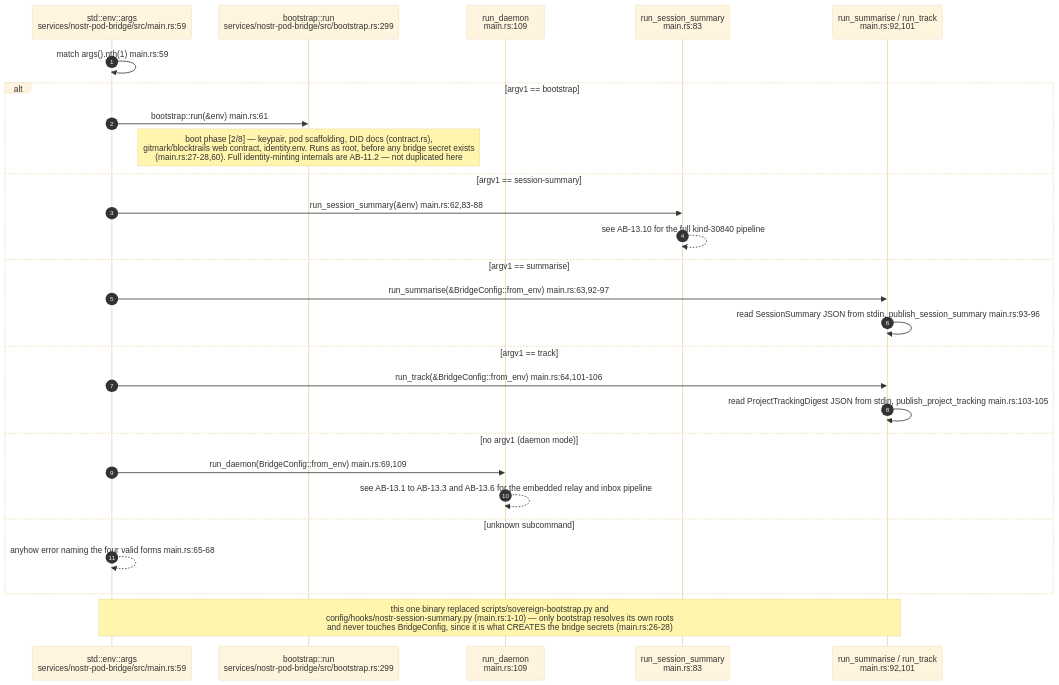
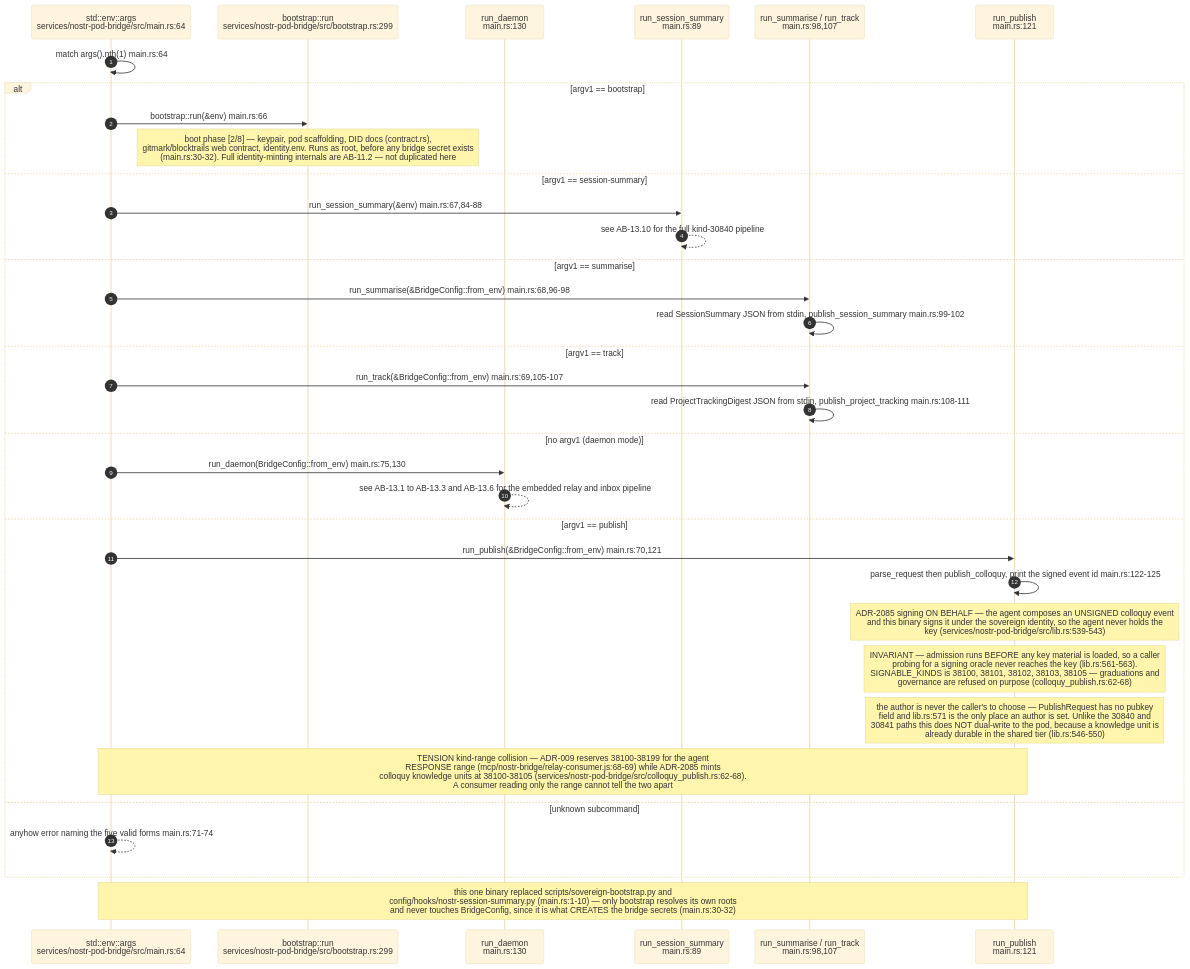
Before and after one commit to DreamLab-AI/VisionFlow: diagram 17 of 17 in docs/diagrams/agentbox/13-nostr-relay-gateway-bridge-mirror.md, drawn with Mermaid (base theme). The commit also changed other lines of this file and 28 other files, not shown here.

````diff
--- a/docs/diagrams/agentbox/13-nostr-relay-gateway-bridge-mirror.md
+++ b/docs/diagrams/agentbox/13-nostr-relay-gateway-bridge-mirror.md
@@ -638,30 +639,38 @@
 ```mermaid
 sequenceDiagram
     autonumber
-    participant ARGV as std::env::args<br/>services/nostr-pod-bridge/src/main.rs:59
+    participant ARGV as std::env::args<br/>services/nostr-pod-bridge/src/main.rs:64
     participant BOOT as bootstrap::run<br/>services/nostr-pod-bridge/src/bootstrap.rs:299
-    participant DAEMON as run_daemon<br/>main.rs:109
-    participant SESS as run_session_summary<br/>main.rs:83
-    participant SUM as run_summarise / run_track<br/>main.rs:92,101
+    participant DAEMON as run_daemon<br/>main.rs:130
+    participant SESS as run_session_summary<br/>main.rs:89
+    participant SUM as run_summarise / run_track<br/>main.rs:98,107
+    participant PUBC as run_publish<br/>main.rs:121
 
-    ARGV->>ARGV: match args().nth(1) main.rs:59
+    ARGV->>ARGV: match args().nth(1) main.rs:64
     alt argv1 == bootstrap
-        ARGV->>BOOT: bootstrap::run(&env) main.rs:61
-Note over BOOT: boot phase [2/8] — keypair, pod scaffolding, DID docs (contract.rs),<br/>gitmark/blocktrails web contract, identity.env. Runs as root, before any bridge secret exists<br/>(main.rs:27-28,60). Full identity-minting internals are AB-11.2 — not duplicated here
+        ARGV->>BOOT: bootstrap::run(&env) main.rs:66
+Note over BOOT: boot phase [2/8] — keypair, pod scaffolding, DID docs (contract.rs),<br/>gitmark/blocktrails web contract, identity.env. Runs as root, before any bridge secret exists<br/>(main.rs:30-32). Full identity-minting internals are AB-11.2 — not duplicated here
     else argv1 == session-summary
-        ARGV->>SESS: run_session_summary(&env) main.rs:62,83-88
+        ARGV->>SESS: run_session_summary(&env) main.rs:67,84-88
         SESS-->>SESS: see AB-13.10 for the full kind-30840 pipeline
     else argv1 == summarise
-        ARGV->>SUM: run_summarise(&BridgeConfig::from_env) main.rs:63,92-97
-        SUM->>SUM: read SessionSummary JSON from stdin, publish_session_summary main.rs:93-96
+        ARGV->>SUM: run_summarise(&BridgeConfig::from_env) main.rs:68,96-98
+        SUM->>SUM: read SessionSummary JSON from stdin, publish_session_summary main.rs:99-102
     else argv1 == track
-        ARGV->>SUM: run_track(&BridgeConfig::from_env) main.rs:64,101-106
-        SUM->>SUM: read ProjectTrackingDigest JSON from stdin, publish_project_tracking main.rs:103-105
+        ARGV->>SUM: run_track(&BridgeConfig::from_env) main.rs:69,105-107
+        SUM->>SUM: read ProjectTrackingDigest JSON from stdin, publish_project_tracking main.rs:108-111
     else no argv1 (daemon mode)
-        ARGV->>DAEMON: run_daemon(BridgeConfig::from_env) main.rs:69,109
+        ARGV->>DAEMON: run_daemon(BridgeConfig::from_env) main.rs:75,130
         DAEMON-->>DAEMON: see AB-13.1 to AB-13.3 and AB-13.6 for the embedded relay and inbox pipeline
+    else argv1 == publish
+        ARGV->>PUBC: run_publish(&BridgeConfig::from_env) main.rs:70,121
+        PUBC->>PUBC: parse_request then publish_colloquy, print the signed event id main.rs:122-125
+        Note over PUBC: ADR-2085 signing ON BEHALF — the agent composes an UNSIGNED colloquy event<br/>and this binary signs it under the sovereign identity, so the agent never holds the<br/>key (services/nostr-pod-bridge/src/lib.rs:539-543)
+        Note over PUBC: INVARIANT — admission runs BEFORE any key material is loaded, so a caller<br/>probing for a signing oracle never reaches the key (lib.rs:561-563).<br/>SIGNABLE_KINDS is 38100, 38101, 38102, 38103, 38105 — graduations and<br/>governance are refused on purpose (colloquy_publish.rs:62-68)
+        Note over PUBC: the author is never the caller's to choose — PublishRequest has no pubkey<br/>field and lib.rs:571 is the only place an author is set. Unlike the 30840 and<br/>30841 paths this does NOT dual-write to the pod, because a knowledge unit is<br/>already durable in the shared tier (lib.rs:546-550)
+        Note over PUBC,ARGV: TENSION kind-range collision — ADR-009 reserves 38100-38199 for the agent<br/>RESPONSE range (mcp/nostr-bridge/relay-consumer.js:68-69) while ADR-2085 mints<br/>colloquy knowledge units at 38100-38105 (services/nostr-pod-bridge/src/colloquy_publish.rs:62-68).<br/>A consumer reading only the range cannot tell the two apart
     else unknown subcommand
-        ARGV-->>ARGV: anyhow error naming the four valid forms main.rs:65-68
+        ARGV-->>ARGV: anyhow error naming the five valid forms main.rs:71-74
     end
-Note over ARGV,SUM: this one binary replaced scripts/sovereign-bootstrap.py and<br/>config/hooks/nostr-session-summary.py (main.rs:1-10) — only bootstrap resolves its own roots<br/>and never touches BridgeConfig, since it is what CREATES the bridge secrets (main.rs:26-28)
+Note over ARGV,PUBC: this one binary replaced scripts/sovereign-bootstrap.py and<br/>config/hooks/nostr-session-summary.py (main.rs:1-10) — only bootstrap resolves its own roots<br/>and never touches BridgeConfig, since it is what CREATES the bridge secrets (main.rs:30-32)
 ```
````
